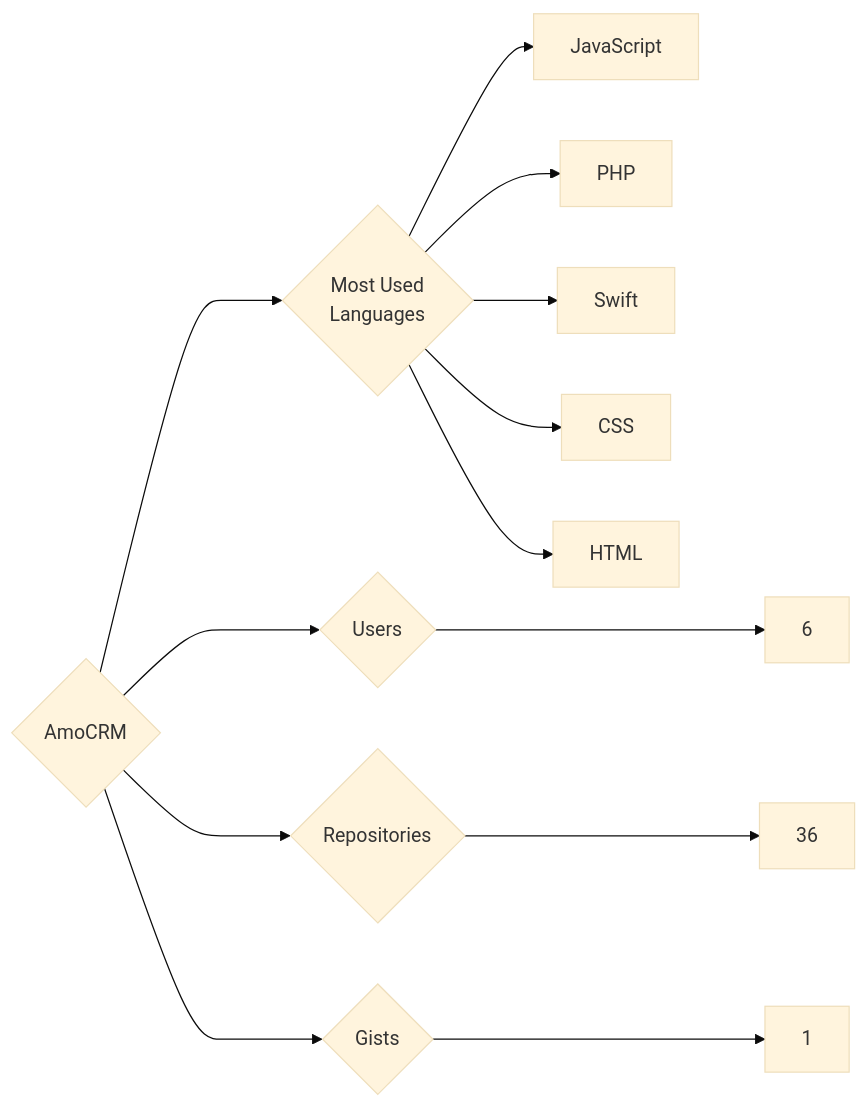
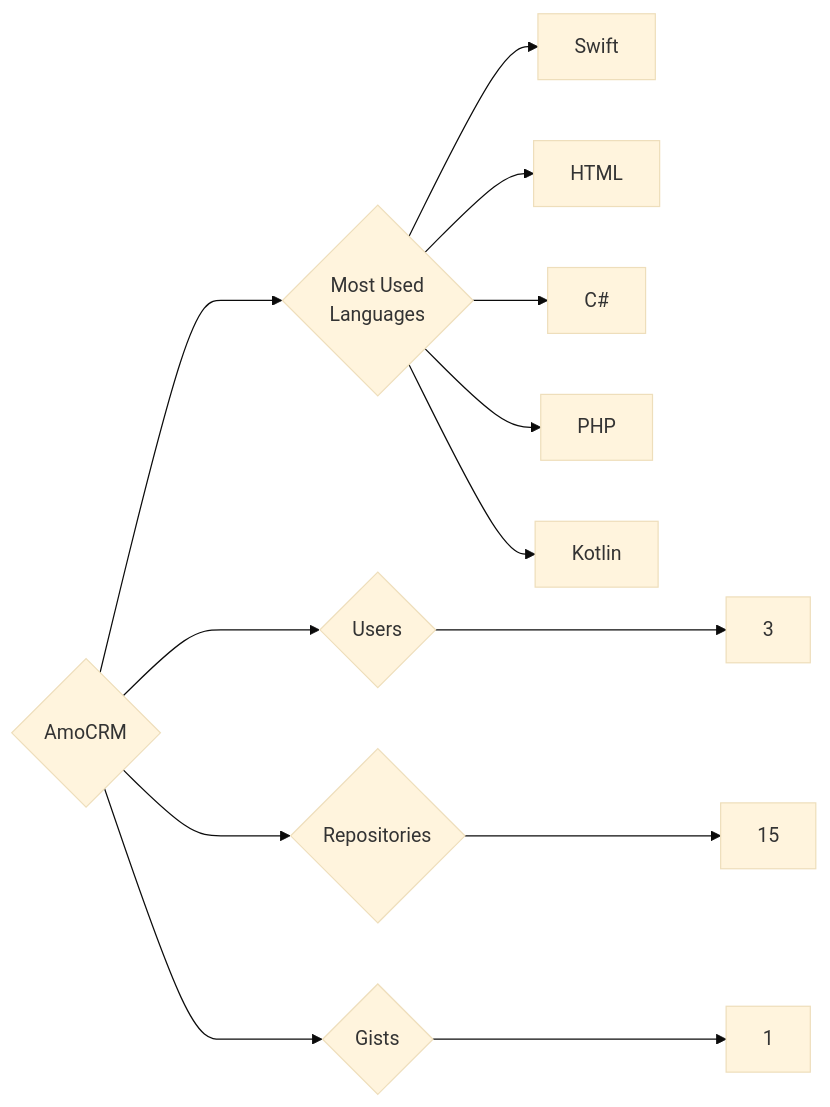
Before and after one commit to trickest/insiders: the diagram in targets/AmoCRM/README.md, drawn with Mermaid (base theme). The commit also changed 1167 other files, not shown here.

````diff
--- a/targets/AmoCRM/README.md
+++ b/targets/AmoCRM/README.md
@@ -3,13 +3,13 @@
 ```mermaid
 graph LR
 COMPANY_NAME{AmoCRM}
-COMPANY_NAME ---> U{Users} ---> UN[6]
-COMPANY_NAME ---> R{Repositories} ---> RN[36]
+COMPANY_NAME ---> U{Users} ---> UN[3]
+COMPANY_NAME ---> R{Repositories} ---> RN[15]
 COMPANY_NAME ---> G{Gists} ---> GN[1]
 COMPANY_NAME ---> ML{Most Used<br>Languages}
-ML --> JavaScript[JavaScript]
+ML --> Swift[Swift]
+ML --> HTML[HTML]
+ML --> C#[C#]
 ML --> PHP[PHP]
-ML --> Swift[Swift]
-ML --> CSS[CSS]
-ML --> HTML[HTML]
+ML --> Kotlin[Kotlin]
 ```
````
